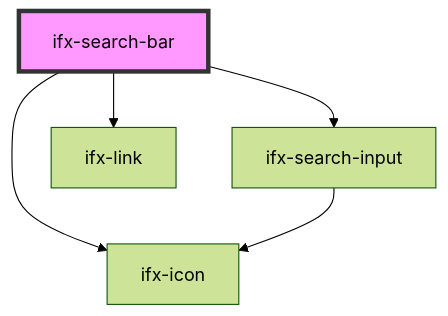
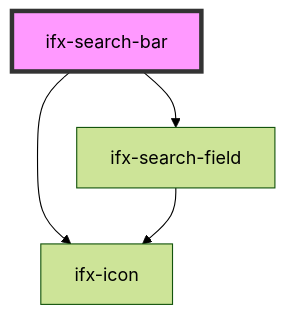
Before and after one commit to Infineon/infineon-design-system-stencil: the diagram in packages/components/src/components/search-bar/readme.md, drawn with Mermaid (forest theme). The commit also changed other lines of this file and 32 other files, not shown here.

Commit message:
re-added v-model for the vue wrapper example apps, code cleanup, renaming to search-field

````diff
--- a/packages/components/src/components/search-bar/readme.md
+++ b/packages/components/src/components/search-bar/readme.md
@@ -35,8 +34,7 @@
 ```mermaid
 graph TD;
-  ifx-search-bar --> ifx-search-input
+  ifx-search-bar --> ifx-search-field
   ifx-search-bar --> ifx-icon
-  ifx-search-bar --> ifx-link
-  ifx-search-input --> ifx-icon
+  ifx-search-field --> ifx-icon
   style ifx-search-bar fill:#f9f,stroke:#333,stroke-width:4px
 ```
````
